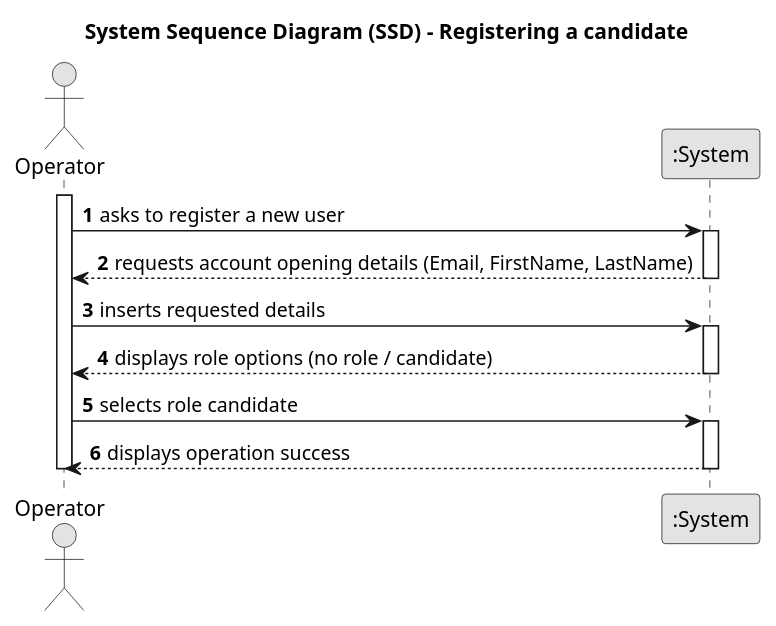
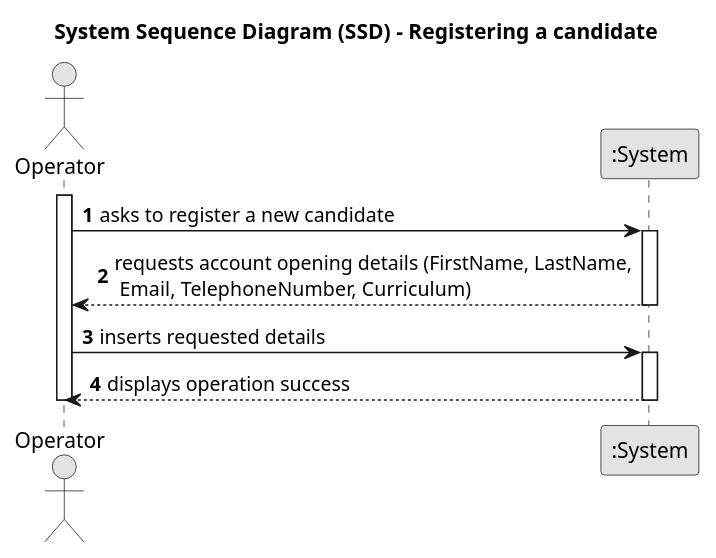
One commit to MiguelCardoso77/LAPR4 changed the diagram in docs/SprintB/2000a/2000a-system-sequence-diagram.puml. Above: the diagram before and after it, drawn with PlantUML. The commit also changed 3 other files, not shown here.

```diff
--- a/docs/SprintB/2000a/2000a-system-sequence-diagram.puml
+++ b/docs/SprintB/2000a/2000a-system-sequence-diagram.puml
@@ -1,36 +1,30 @@
 @startuml
 skinparam monochrome true
 skinparam packageStyle rectangle
 skinparam shadowing false
 
 title System Sequence Diagram (SSD) - Registering a candidate
 
 autonumber
 
 actor "Operator" as OPERATOR
 participant ":System" as System
 
 activate OPERATOR
 
-    OPERATOR -> System : asks to register a new user
+    OPERATOR -> System : asks to register a new candidate
     activate System
 
 
-       System --> OPERATOR : requests account opening details (Email, FirstName, LastName)
+       System --> OPERATOR : requests account opening details (FirstName, LastName,\n Email, TelephoneNumber, Curriculum)
     deactivate System
 
     OPERATOR -> System : inserts requested details
-    activate System
-
-        System --> OPERATOR : displays role options (no role / candidate)
-    deactivate System
-
-    OPERATOR -> System : selects role candidate
     activate System
 
         System --> OPERATOR : displays operation success
     deactivate System
 
 deactivate OPERATOR
 
 @enduml
```
